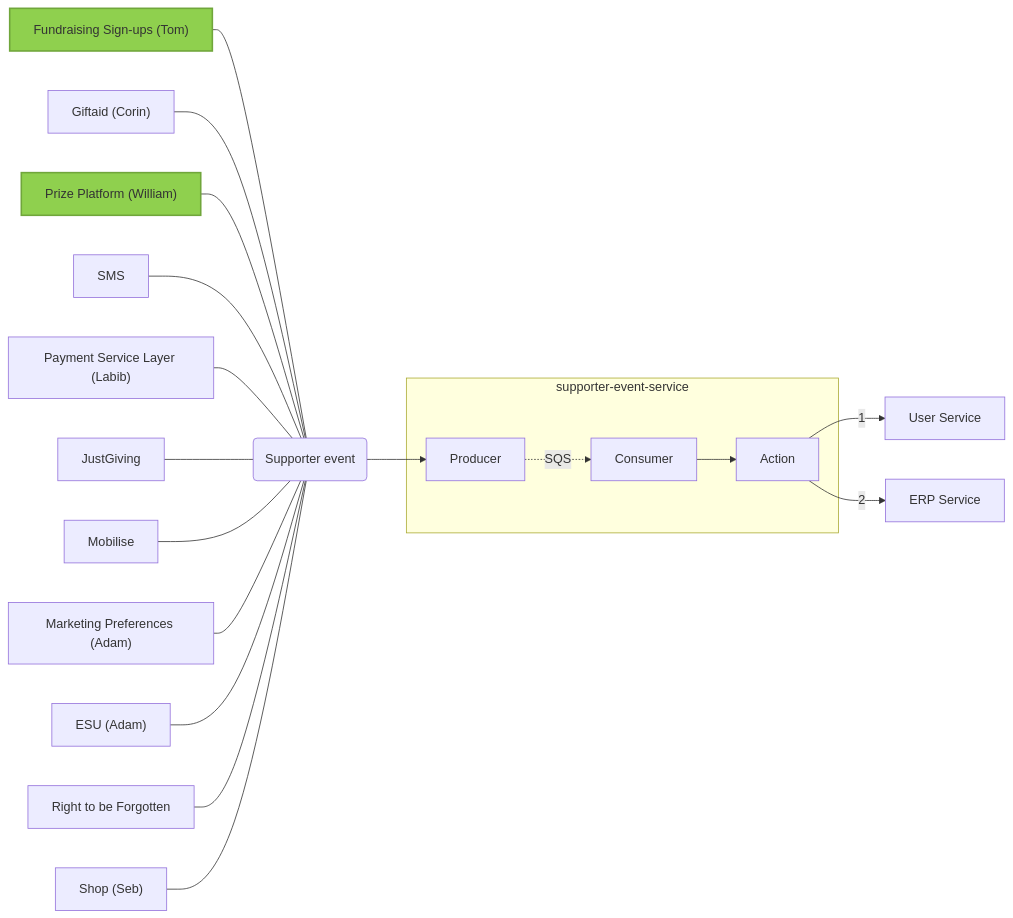
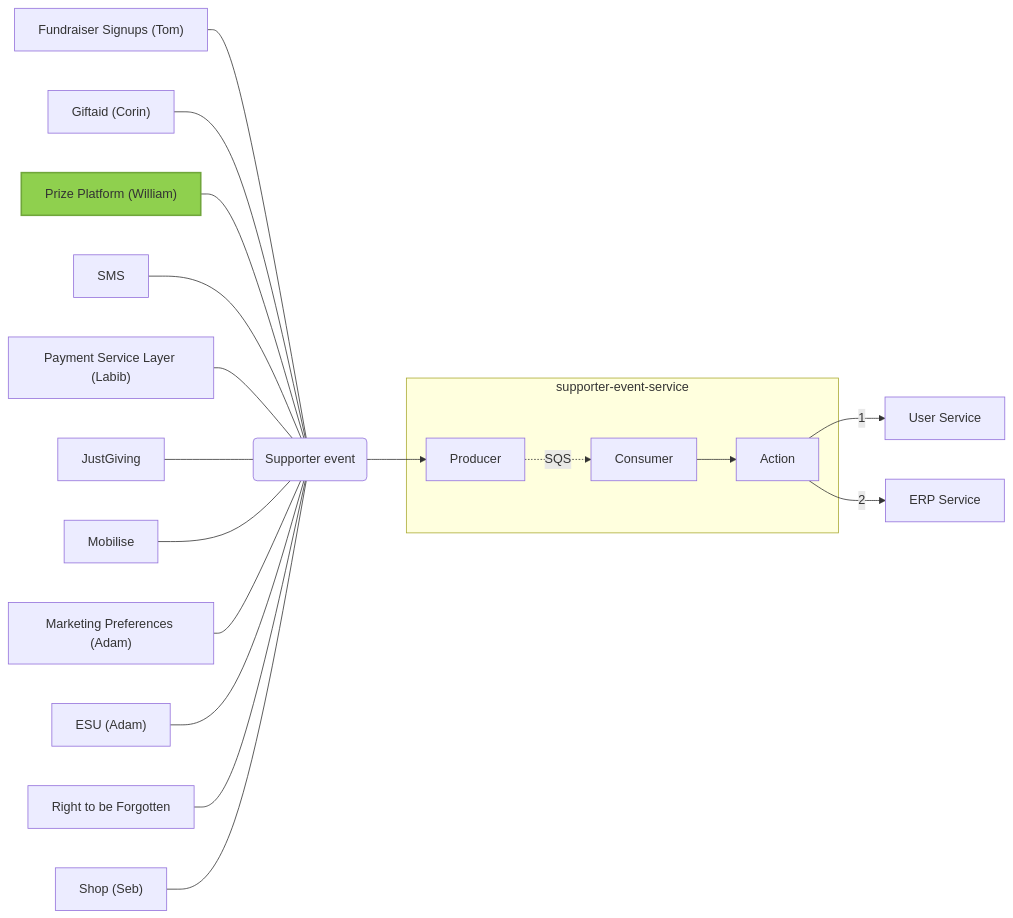
One commit to comicrelief/engineering-handbook changed the diagram in docs/architecture.md. Above: the diagram before and after it, drawn with Mermaid.

Commit message:
Fix name of fundraiser signups

````diff
--- a/docs/architecture.md
+++ b/docs/architecture.md
@@ -8,27 +8,27 @@
 ```mermaid
 graph LR
-  fundrasing-signups["Fundraising Sign-ups (Tom)"] --- event
+  fundraiser-signups["Fundraiser Signups (Tom)"] --- event
   giftaid["Giftaid (Corin)"] --- event
   prize-platform["Prize Platform (William)"] --- event
   sms[SMS] --- event
   psl["Payment Service Layer (Labib)"] --- event
   justgiving[JustGiving] --- event
   mobilise[Mobilise] --- event
   marketing-prefs["Marketing Preferences (Adam)"] --- event
   esu["ESU (Adam)"] --- event
   rtbf[Right to be Forgotten] --- event
   shop["Shop (Seb)"] --- event
 
   event(Supporter event) --> producer
 
   subgraph supporter-event-service
     producer[Producer] -. SQS .-> consumer[Consumer]
     consumer --> action[Action]
   end
 
   action -- 1 --> user-service[User Service]
   action -- 2 --> erp-service[ERP Service]
 
   classDef green fill:#8fd04e,stroke:#70a63b,stroke-width:2px;
   class fundrasing-signups,prize-platform green
 ```
````
